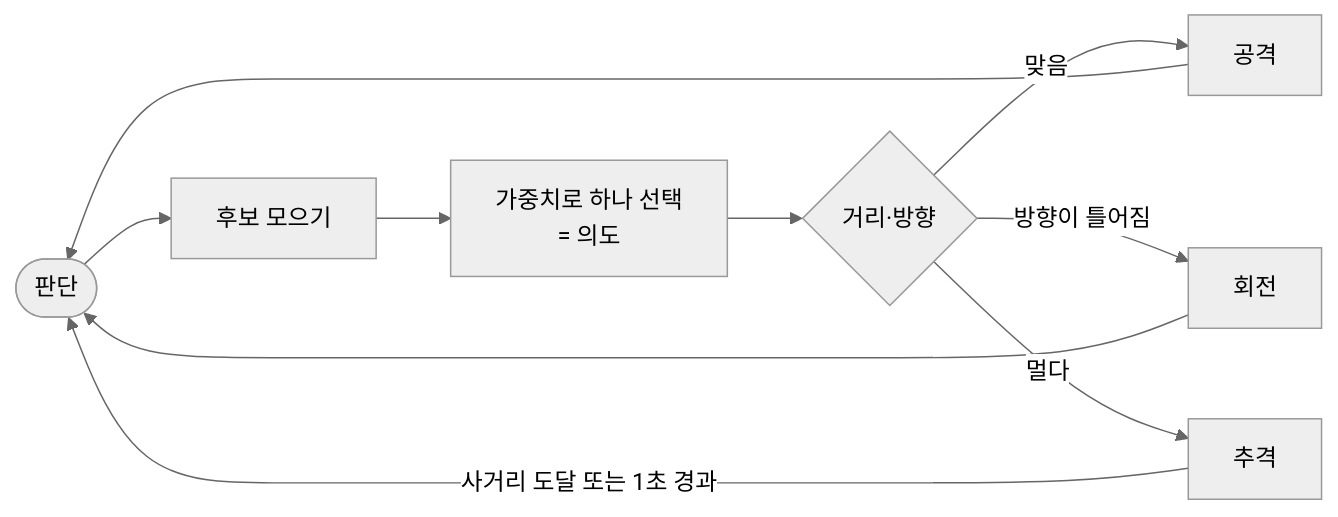
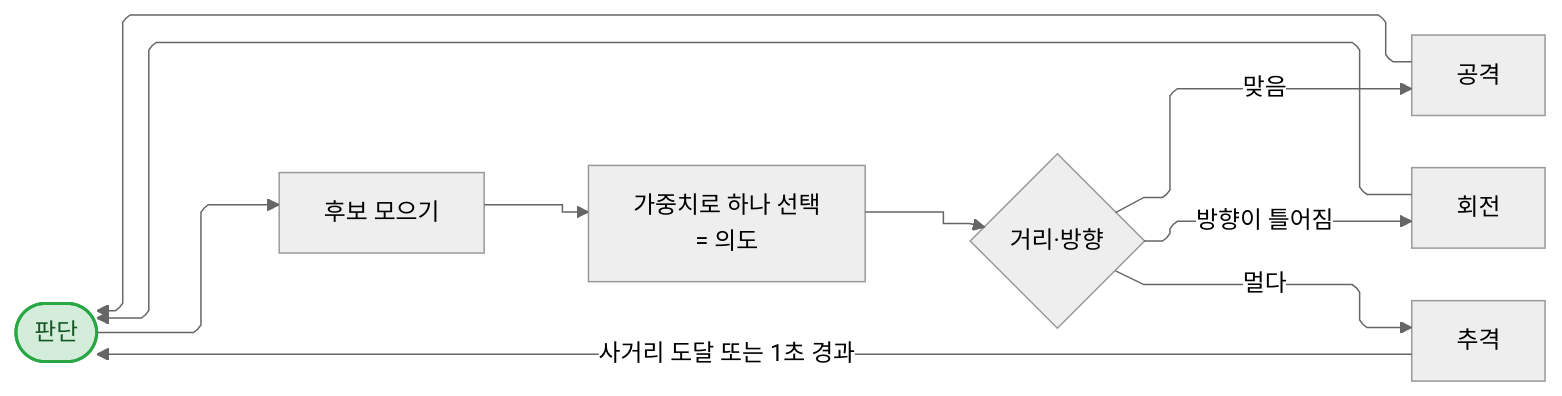
Before and after one commit to chesherneko/portfolio: the fifth of 7 diagrams in src/3-Project-Oddity/기술문서.md, drawn with Mermaid. The commit also changed other lines of this file and 20 other files, not shown here.

````diff
--- a/src/3-Project-Oddity/기술문서.md
+++ b/src/3-Project-Oddity/기술문서.md
@@ -437,13 +448,26 @@
 ```mermaid
-%%{init: {'theme':'neutral'}}%%
+%%{init: {'theme':'neutral', 'layout': 'elk', 'flowchart': {'curve': 'linear'}}}%%
 flowchart LR
     S([판단]) --> P["후보 모으기"]
     P --> I["가중치로 하나 선택<br/>= 의도"]
     I --> R{"거리·방향"}
     R -- 맞음 --> E["공격"]
     R -- 방향이 틀어짐 --> T["회전"]
     R -- 멀다 --> C["추격"]
     E --> S
     T --> S
     C -- "사거리 도달 또는 1초 경과" --> S
+
+    %% 보이지 않는 연결: 판단 → 후보 → 선택 → 거리·방향을 한 줄로 고정(돌아오는 선이 판단으로 들어가게)
+    S ~~~ P
+    S ~~~ P
+    S ~~~ P
+    P ~~~ I
+    P ~~~ I
+    P ~~~ I
+    I ~~~ R
+    I ~~~ R
+    I ~~~ R
+
+    style S fill:#d4edda,stroke:#28a745,stroke-width:2px,color:#155724
 ```
````
